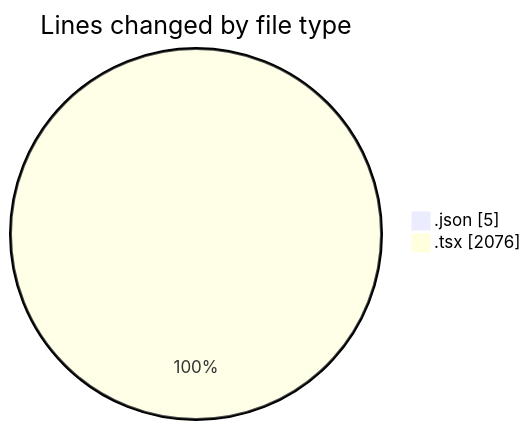
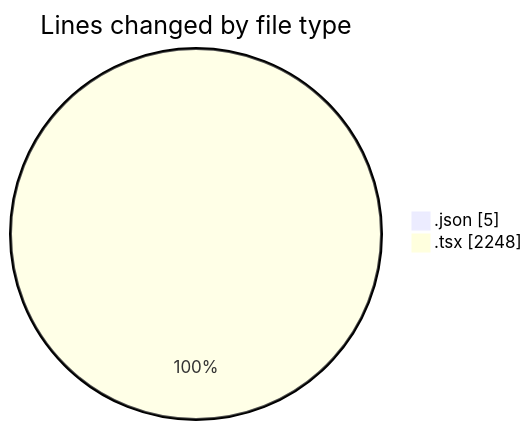
One commit to Elitesun/code-tracking changed the first of 2 diagrams in 2025-05-29/advertise/README.md. Above: the diagram before and after it, drawn with Mermaid. The commit also changed other lines of this file and 1 other file, not shown here.

````diff
--- a/2025-05-29/advertise/README.md
+++ b/2025-05-29/advertise/README.md
@@ -26,6 +26,6 @@
 ```mermaid
 pie showData
 title Lines changed by file type
 ".json" : 5
-".tsx" : 2076
+".tsx" : 2248
 ```
````
